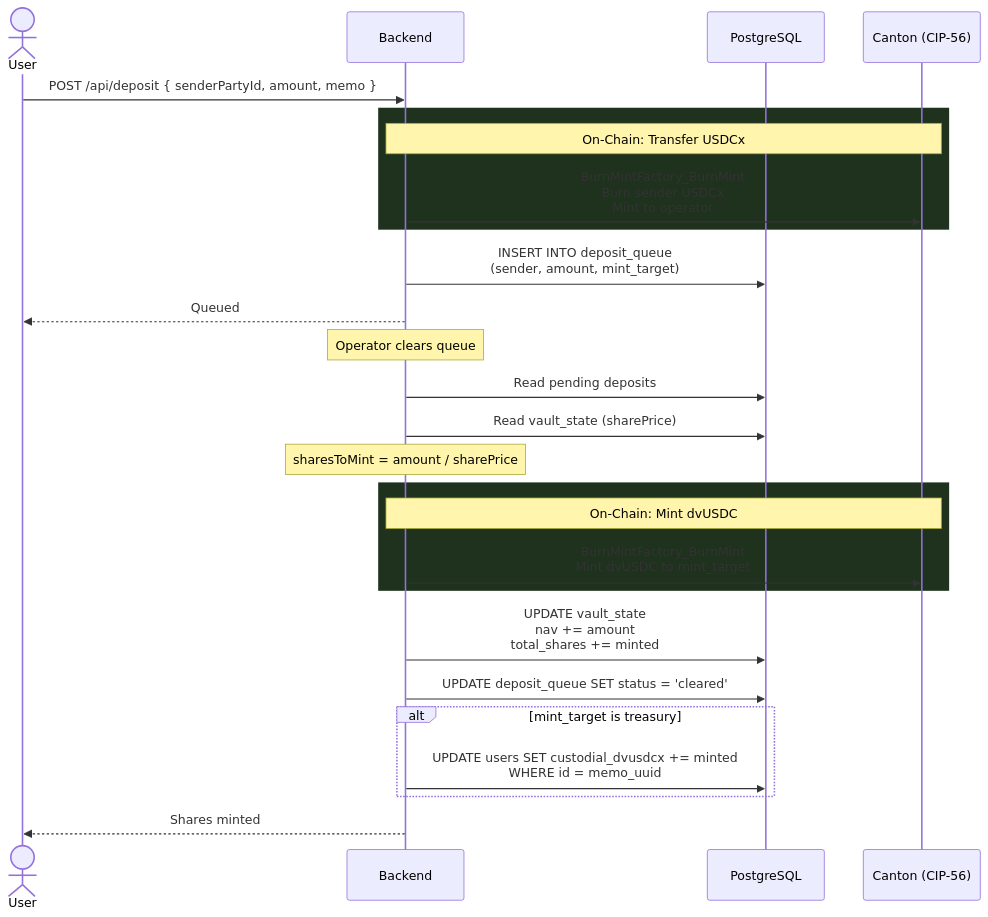
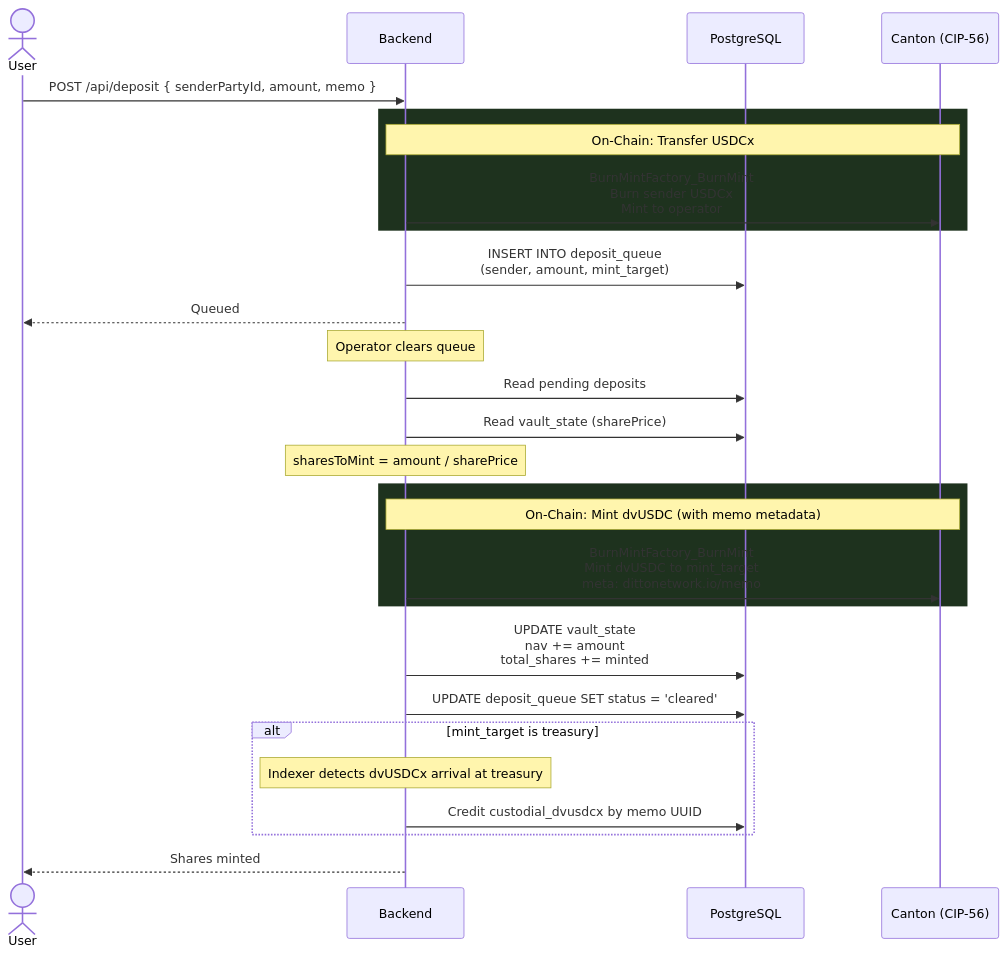
One commit to dittonetwork/ditto-ccvault changed the fourth of 13 diagrams in ARCHITECTURE.md. Above: the diagram before and after it, drawn with Mermaid. The commit also changed other lines of this file and 1 other file, not shown here.

First line of the commit message:
docs: update for v9 architecture — party separation, indexer, custodial USDCx

````diff
--- a/ARCHITECTURE.md
+++ b/ARCHITECTURE.md
@@ -268,37 +407,38 @@
 ```mermaid
 sequenceDiagram
     actor User
     participant BE as Backend
     participant DB as PostgreSQL
     participant CN as Canton (CIP-56)
 
     User->>BE: POST /api/deposit { senderPartyId, amount, memo }
 
     rect rgb(30, 50, 30)
         Note over BE,CN: On-Chain: Transfer USDCx
         BE->>CN: BurnMintFactory_BurnMint<br/>Burn sender USDCx<br/>Mint to operator
     end
 
     BE->>DB: INSERT INTO deposit_queue<br/>(sender, amount, mint_target)
     BE-->>User: Queued
 
     Note over BE: Operator clears queue
 
     BE->>DB: Read pending deposits
     BE->>DB: Read vault_state (sharePrice)
     Note over BE: sharesToMint = amount / sharePrice
 
     rect rgb(30, 50, 30)
-        Note over BE,CN: On-Chain: Mint dvUSDC
-        BE->>CN: BurnMintFactory_BurnMint<br/>Mint dvUSDC to mint_target
+        Note over BE,CN: On-Chain: Mint dvUSDC (with memo metadata)
+        BE->>CN: BurnMintFactory_BurnMint<br/>Mint dvUSDC to mint_target<br/>meta: dittonetwork.io/memo
     end
 
     BE->>DB: UPDATE vault_state<br/>nav += amount<br/>total_shares += minted
     BE->>DB: UPDATE deposit_queue SET status = 'cleared'
 
     alt mint_target is treasury
-        BE->>DB: UPDATE users SET custodial_dvusdcx += minted<br/>WHERE id = memo_uuid
+        Note over BE: Indexer detects dvUSDCx arrival at treasury
+        BE->>DB: Credit custodial_dvusdcx by memo UUID
     end
 
     BE-->>User: Shares minted
 ```
````
